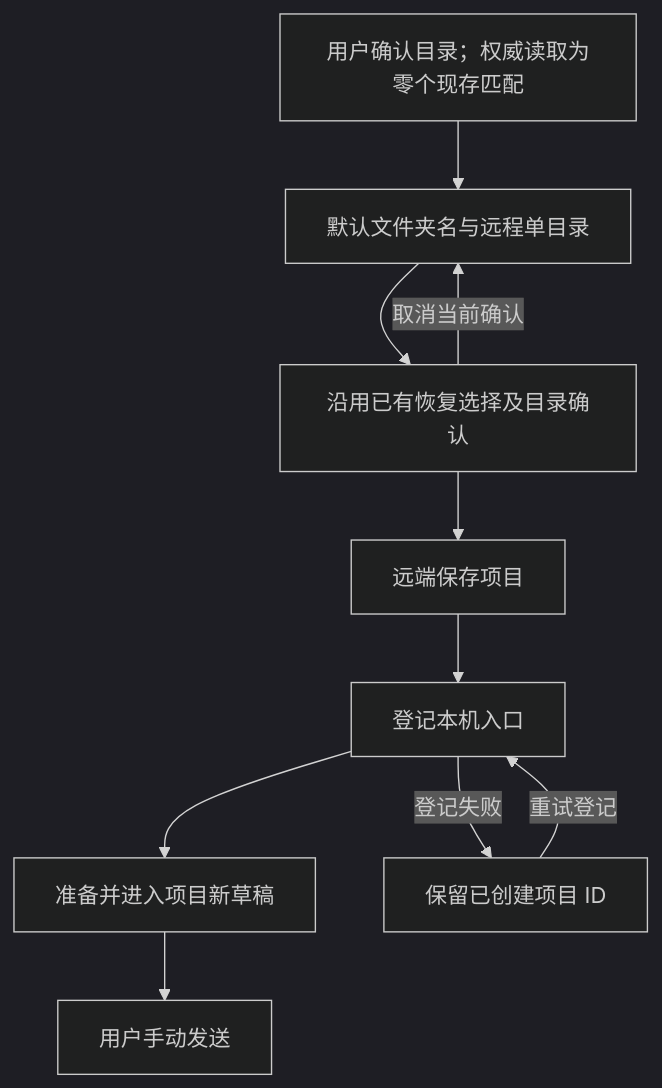
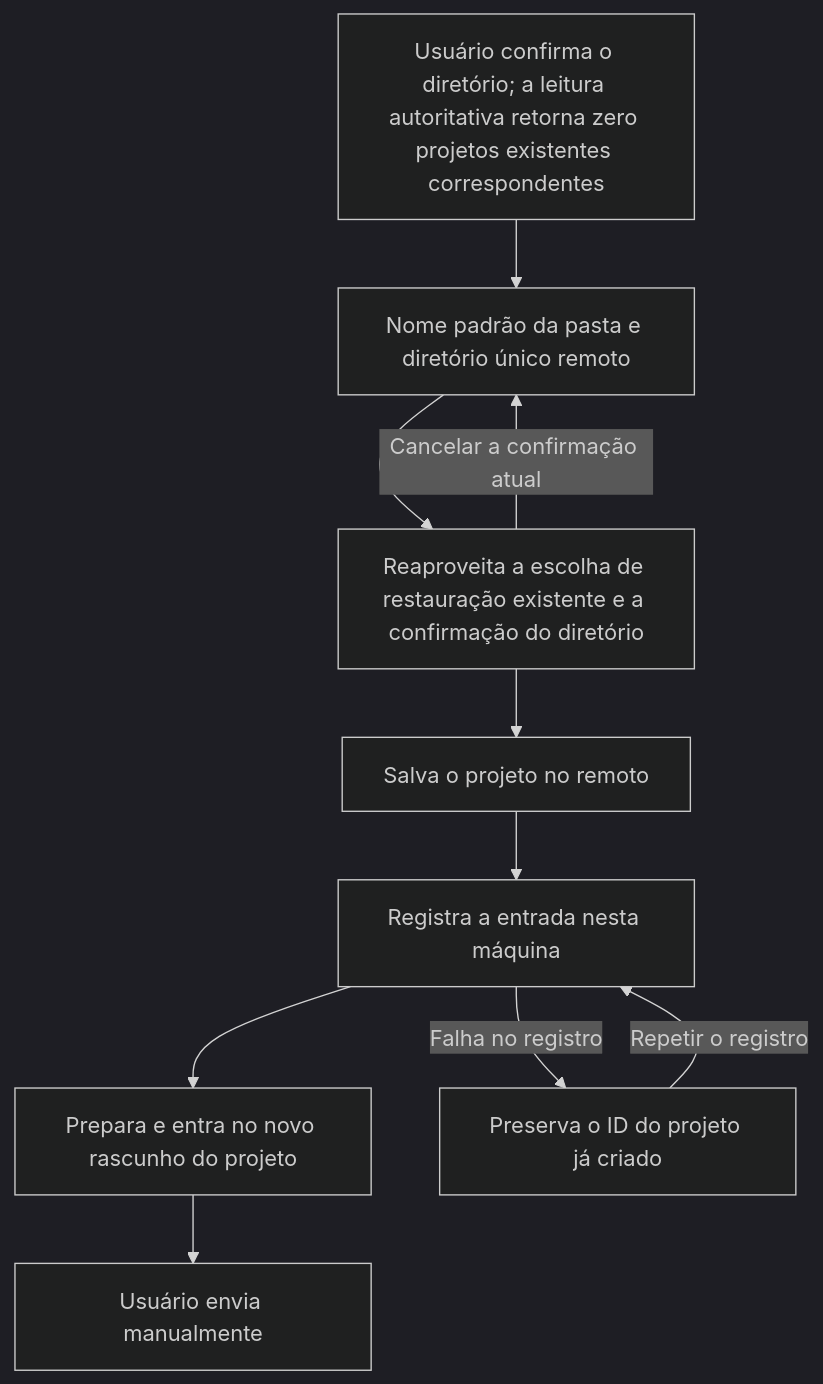
One commit to JoaoNetoDev/BR-Code changed the diagram in docs/issues/remote-connection-ux/25-chat-remote-folder-create-project.md. Above: the diagram before and after it, drawn with Mermaid (dark theme). The commit also changed other lines of this file and 177 other files, not shown here.

````diff
--- a/docs/issues/remote-connection-ux/25-chat-remote-folder-create-project.md
+++ b/docs/issues/remote-connection-ux/25-chat-remote-folder-create-project.md
@@ -15,12 +15,12 @@
 ```mermaid
 flowchart TD
-    A[用户确认目录；权威读取为零个现存匹配] --> B[默认文件夹名与远程单目录]
-    B --> C[沿用已有恢复选择及目录确认]
-    C --> D[远端保存项目]
-    D --> E[登记本机入口]
-    E --> F[准备并进入项目新草稿]
-    F --> G[用户手动发送]
-    E -->|登记失败| H[保留已创建项目 ID]
-    H -->|重试登记| E
-    C -->|取消当前确认| B
+    A[Usuário confirma o diretório; a leitura autoritativa retorna zero projetos existentes correspondentes] --> B[Nome padrão da pasta e diretório único remoto]
+    B --> C[Reaproveita a escolha de restauração existente e a confirmação do diretório]
+    C --> D[Salva o projeto no remoto]
+    D --> E[Registra a entrada nesta máquina]
+    E --> F[Prepara e entra no novo rascunho do projeto]
+    F --> G[Usuário envia manualmente]
+    E -->|Falha no registro| H[Preserva o ID do projeto já criado]
+    H -->|Repetir o registro| E
+    C -->|Cancelar a confirmação atual| B
 ```
````
